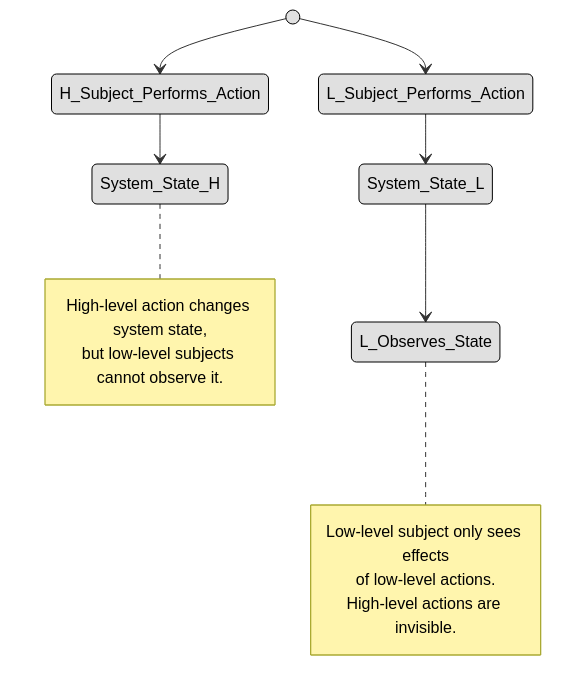
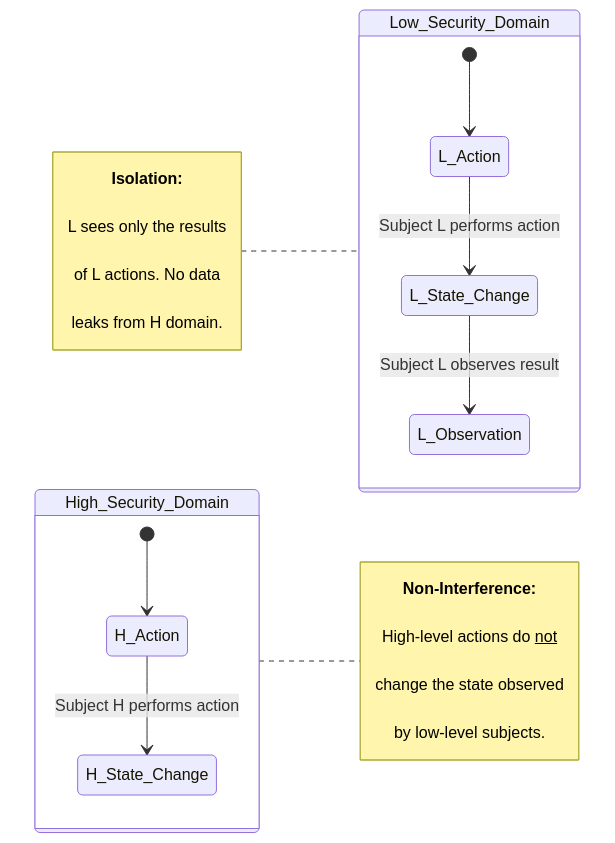
One commit to lorenzoleonelli/CISSP-Zero-to-Hero changed the eighth of 15 diagrams in DOMAIN3: Security Architecture and Engineering/3.02 Understand the fundamental concepts of security models (e.g. Biba, Star Model, Bell Lapadula).md. Above: the diagram before and after it, drawn with Mermaid. The commit also changed other lines of this file, not shown here.

Commit message:
Update 3.02 Understand the fundamental concepts of security models (e.g. Biba, Star Model, Bell Lapadula).md

````diff
--- a/DOMAIN3: Security Architecture and Engineering/3.02 Understand the fundamental concepts of security models (e.g. Biba, Star Model, Bell Lapadula).md
+++ b/DOMAIN3: Security Architecture and Engineering/3.02 Understand the fundamental concepts of security models (e.g. Biba, Star Model, Bell Lapadula).md
@@ -196,24 +243,29 @@
 ```mermaid
 stateDiagram-v2
-    [*] --> L_Subject_Performs_Action
-    L_Subject_Performs_Action --> System_State_L
-    System_State_L --> L_Observes_State
+    direction LR
 
-    [*] --> H_Subject_Performs_Action
-    H_Subject_Performs_Action --> System_State_H
+    state High_Security_Domain {
+        [*] --> H_Action
+        H_Action --> H_State_Change : Subject H performs action
+    }
 
-    note right of System_State_H
-      High-level action changes system state,
-      but low-level subjects cannot observe it.
+    state Low_Security_Domain {
+        [*] --> L_Action
+        L_Action --> L_State_Change : Subject L performs action
+        L_State_Change --> L_Observation : Subject L observes result
+    }
+
+    note right of High_Security_Domain
+        <b>Non-Interference:</b>
+        <br/>High-level actions do <u>not</u>
+        <br/>change the state observed
+        <br/>by low-level subjects.
     end note
 
-    note right of L_Observes_State
-      Low-level subject only sees effects
-      of low-level actions.
-      High-level actions are invisible.
+    note left of Low_Security_Domain
+        <b>Isolation:</b>
+        <br/>L sees only the results
+        <br/>of L actions. No data
+        <br/>leaks from H domain.
     end note
-
-
-    classDef center fill:#ffffff,color:#000000,stroke:#000000,stroke-width:1px,font-weight:bold
-    classDef node fill:#e0e0e0,color:#000000,stroke:#000000,stroke-width:1px
 ```
````
